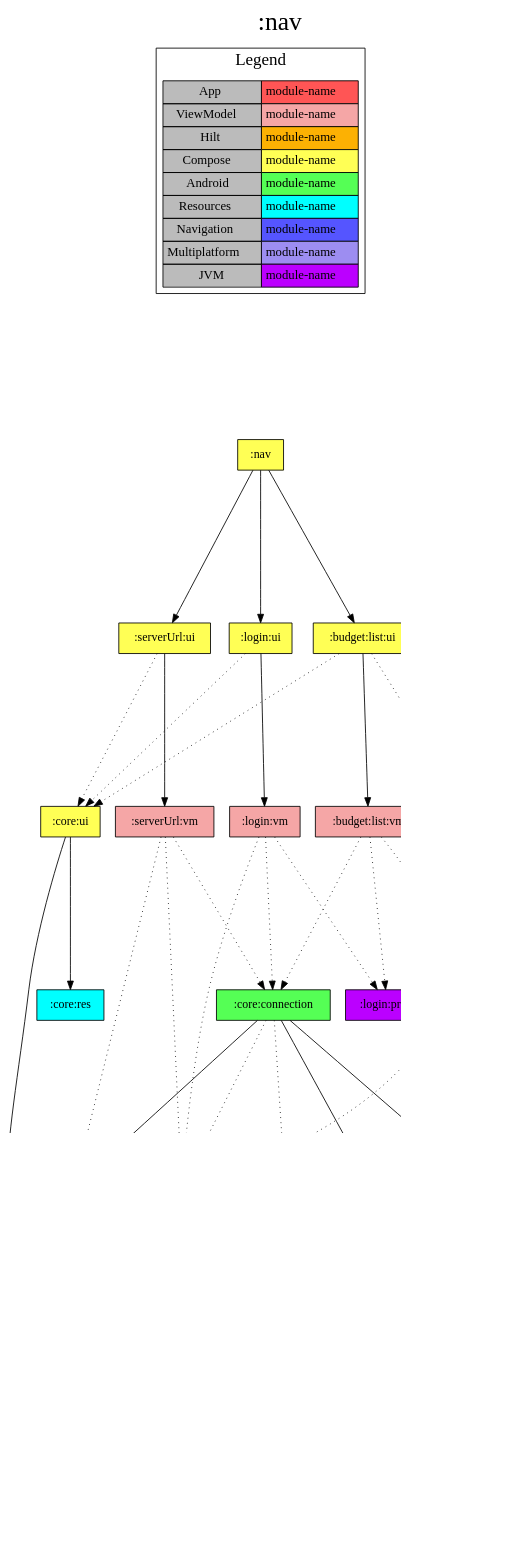
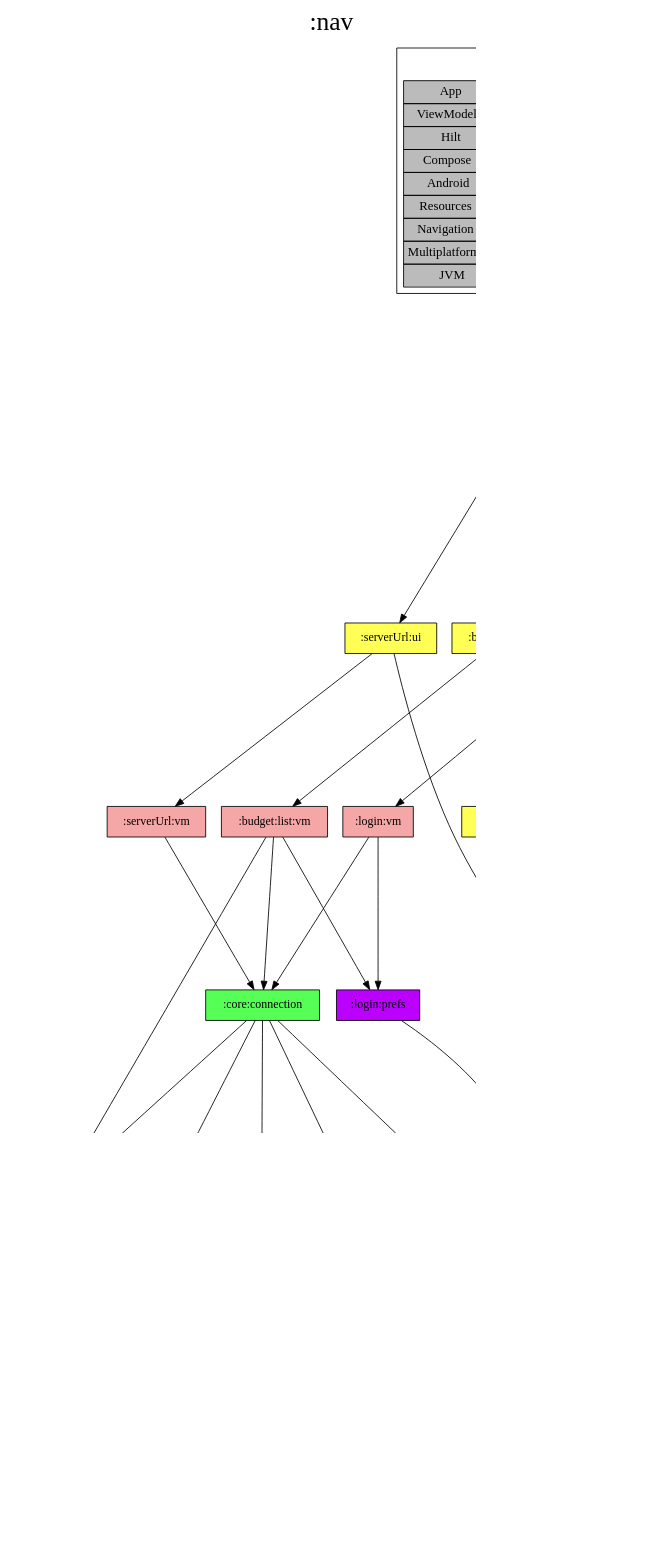
One commit to jonapoul/aktual changed the diagram in modules/nav/project-dependency-graph.dot. Above: the diagram before and after it, drawn with Graphviz. The commit also changed 21 other files, not shown here.

```diff
--- a/modules/nav/project-dependency-graph.dot
+++ b/modules/nav/project-dependency-graph.dot
@@ -1,76 +1,74 @@
 digraph {
 edge ["dir"="forward"]
 graph ["dpi"="100","label"=":nav","labelloc"="t","fontsize"="30","ranksep"="2.5","rankdir"="TB"]
 node ["style"="filled"]
 ":nav" ["fillcolor"="#FFFF55","shape"="box"]
 ":budget:list:ui" ["fillcolor"="#FFFF55","shape"="box"]
 ":budget:list:vm" ["fillcolor"="#F5A6A6","shape"="box"]
 ":core:connection" ["fillcolor"="#55FF55","shape"="box"]
 ":api:client" ["fillcolor"="#BB00FF","shape"="box"]
 ":api:model" ["fillcolor"="#BB00FF","shape"="box"]
 ":core:model" ["fillcolor"="#BB00FF","shape"="box"]
+":api:json" ["fillcolor"="#BB00FF","shape"="box"]
 ":core:coroutines" ["fillcolor"="#BB00FF","shape"="box"]
 ":core:state" ["fillcolor"="#55FF55","shape"="box"]
-":api:json" ["fillcolor"="#BB00FF","shape"="box"]
 ":serverUrl:prefs" ["fillcolor"="#55FF55","shape"="box"]
 ":login:prefs" ["fillcolor"="#BB00FF","shape"="box"]
 ":core:icons" ["fillcolor"="#FFFF55","shape"="box"]
 ":core:ui" ["fillcolor"="#FFFF55","shape"="box"]
 ":core:res" ["fillcolor"="#00FFFF","shape"="box"]
 ":login:ui" ["fillcolor"="#FFFF55","shape"="box"]
 ":login:vm" ["fillcolor"="#F5A6A6","shape"="box"]
 ":serverUrl:ui" ["fillcolor"="#FFFF55","shape"="box"]
 ":serverUrl:vm" ["fillcolor"="#F5A6A6","shape"="box"]
 {
 edge ["dir"="none"]
 graph ["rank"="same"]
 }
 ":nav" -> ":budget:list:ui"
 ":nav" -> ":login:ui"
 ":nav" -> ":serverUrl:ui"
 ":budget:list:ui" -> ":budget:list:vm"
-":budget:list:ui" -> ":core:icons" ["style"="dotted"]
-":budget:list:ui" -> ":core:ui" ["style"="dotted"]
-":budget:list:vm" -> ":core:connection" ["style"="dotted"]
-":budget:list:vm" -> ":login:prefs" ["style"="dotted"]
-":budget:list:vm" -> ":serverUrl:prefs" ["style"="dotted"]
+":budget:list:ui" -> ":core:icons"
+":budget:list:ui" -> ":core:ui"
+":budget:list:vm" -> ":core:connection"
+":budget:list:vm" -> ":login:prefs"
+":budget:list:vm" -> ":serverUrl:prefs"
 ":core:connection" -> ":api:client"
+":core:connection" -> ":api:json"
 ":core:connection" -> ":core:coroutines"
 ":core:connection" -> ":core:state"
-":core:connection" -> ":api:json" ["style"="dotted"]
-":core:connection" -> ":serverUrl:prefs" ["style"="dotted"]
+":core:connection" -> ":serverUrl:prefs"
 ":api:client" -> ":api:model"
 ":api:model" -> ":core:model"
 ":core:state" -> ":core:model"
 ":serverUrl:prefs" -> ":core:model"
 ":login:prefs" -> ":core:model"
+":core:icons" -> ":core:ui"
 ":core:ui" -> ":core:model"
 ":core:ui" -> ":core:res"
+":login:ui" -> ":core:ui"
 ":login:ui" -> ":login:vm"
-":login:ui" -> ":core:ui" ["style"="dotted"]
-":login:vm" -> ":core:connection" ["style"="dotted"]
-":login:vm" -> ":login:prefs" ["style"="dotted"]
-":login:vm" -> ":serverUrl:prefs" ["style"="dotted"]
+":login:vm" -> ":core:connection"
+":login:vm" -> ":login:prefs"
+":serverUrl:ui" -> ":core:ui"
 ":serverUrl:ui" -> ":serverUrl:vm"
-":serverUrl:ui" -> ":core:ui" ["style"="dotted"]
-":serverUrl:vm" -> ":api:client" ["style"="dotted"]
-":serverUrl:vm" -> ":core:connection" ["style"="dotted"]
-":serverUrl:vm" -> ":serverUrl:prefs" ["style"="dotted"]
+":serverUrl:vm" -> ":core:connection"
 subgraph "cluster_legend" {
 edge ["dir"="none"]
 graph ["label"="Legend","fontsize"="20"]
 "Legend" ["style"="filled","fillcolor"="#bbbbbb","shape"="none","margin"="0","fontsize"="15","label"=<
 <TABLE BORDER="0" CELLBORDER="1" CELLSPACING="0" CELLPADDING="4">
 <TR><TD>App</TD><TD BGCOLOR="#FF5555">module-name</TD></TR>
 <TR><TD>ViewModel</TD><TD BGCOLOR="#F5A6A6">module-name</TD></TR>
 <TR><TD>Hilt</TD><TD BGCOLOR="#FCB103">module-name</TD></TR>
 <TR><TD>Compose</TD><TD BGCOLOR="#FFFF55">module-name</TD></TR>
 <TR><TD>Android</TD><TD BGCOLOR="#55FF55">module-name</TD></TR>
 <TR><TD>Resources</TD><TD BGCOLOR="#00FFFF">module-name</TD></TR>
 <TR><TD>Navigation</TD><TD BGCOLOR="#5555FF">module-name</TD></TR>
 <TR><TD>Multiplatform</TD><TD BGCOLOR="#9D8DF1">module-name</TD></TR>
 <TR><TD>JVM</TD><TD BGCOLOR="#BB00FF">module-name</TD></TR>
 </TABLE>
 >]
 } -> ":nav" ["style"="invis"]
 }
```
